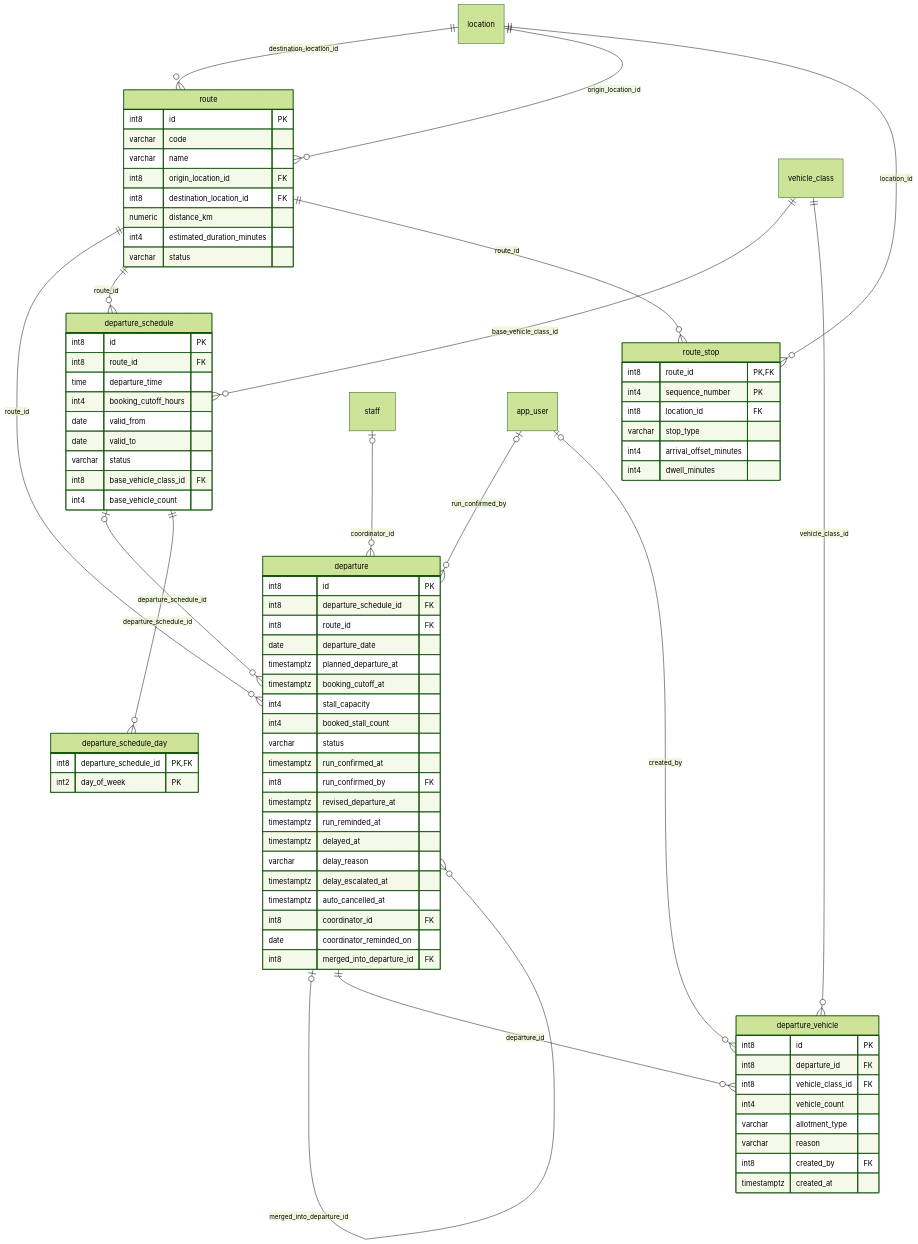
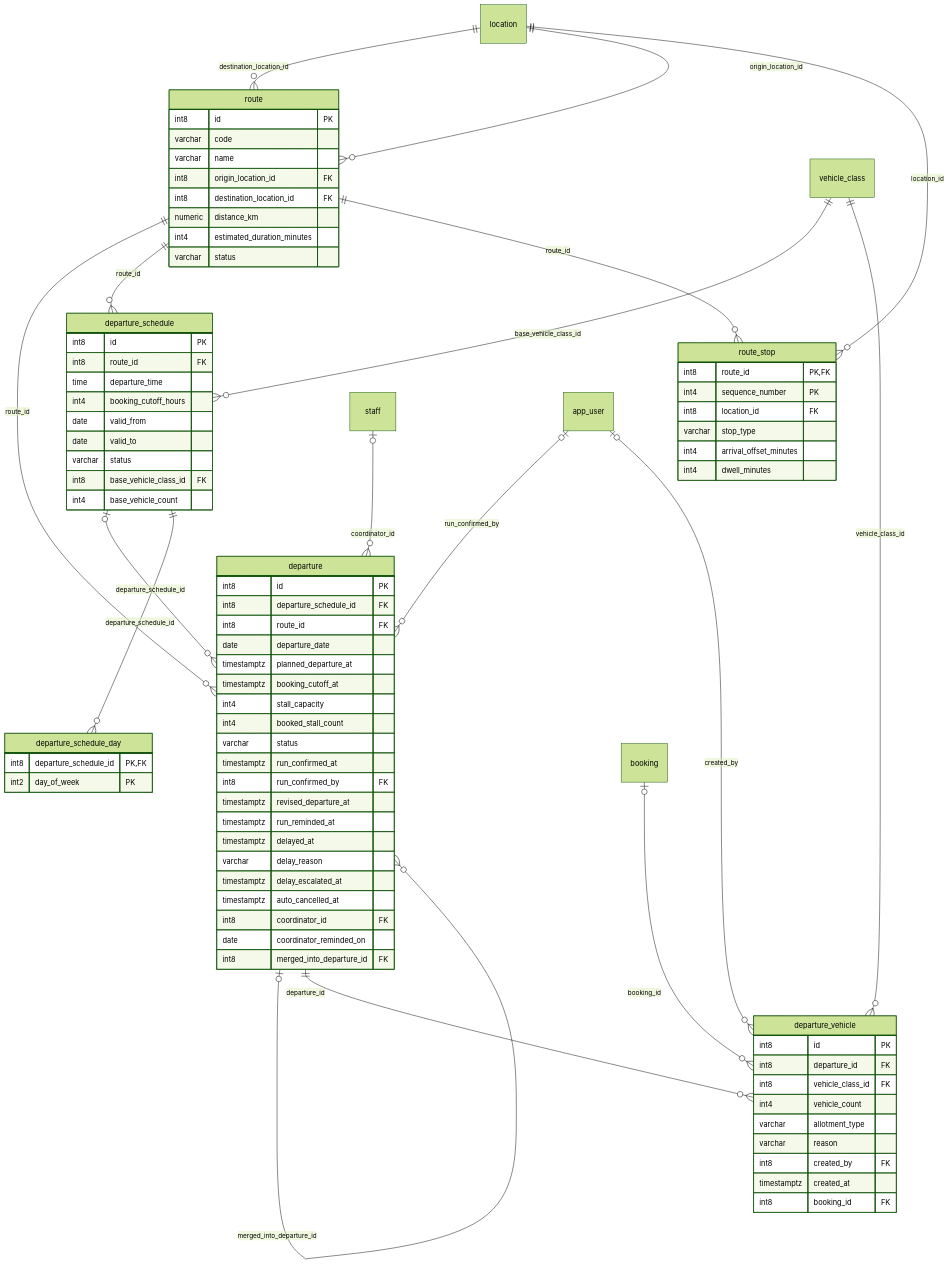
The fourth of 15 diagrams in docs/database/ERD.md (hankfwr23r2/SWP_RHT), drawn with Mermaid (forest theme) before and after one commit. The commit also changed other lines of this file and 80 other files, not shown here.

```diff
--- a/docs/database/ERD.md
+++ b/docs/database/ERD.md
@@ -245,6 +245,7 @@
         varchar reason
         int8 created_by FK
         timestamptz created_at
+        int8 booking_id FK
     }
     staff |o--o{ departure : "coordinator_id"
     departure_schedule |o--o{ departure : "departure_schedule_id"
@@ -254,6 +255,7 @@
     vehicle_class ||--o{ departure_schedule : "base_vehicle_class_id"
     route ||--o{ departure_schedule : "route_id"
     departure_schedule ||--o{ departure_schedule_day : "departure_schedule_id"
+    booking |o--o{ departure_vehicle : "booking_id"
     app_user |o--o{ departure_vehicle : "created_by"
     departure ||--o{ departure_vehicle : "departure_id"
     vehicle_class ||--o{ departure_vehicle : "vehicle_class_id"
```
